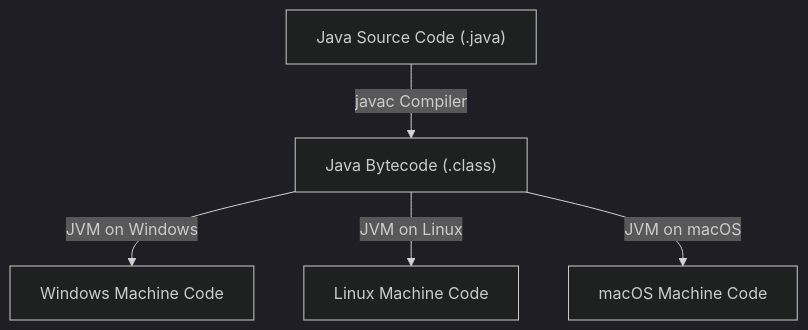
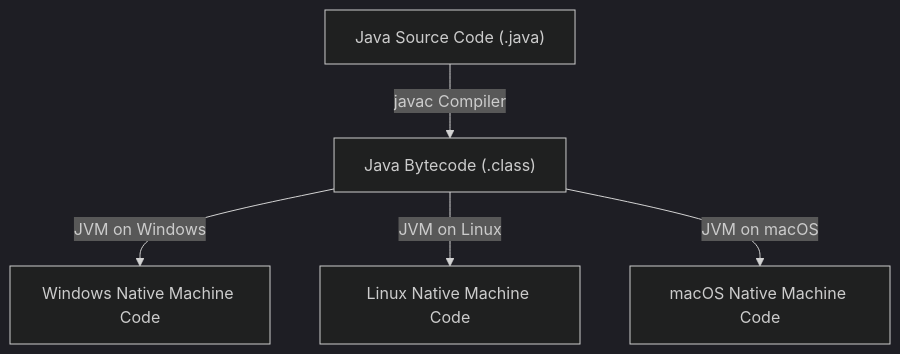
Before and after one commit to CHANDUAJMEERA277/ksai_final: the first of 2 diagrams in java/chapter1.md, drawn with Mermaid (dark theme). The commit also changed other lines of this file and 21 other files, not shown here.

````diff
--- a/java/chapter1.md
+++ b/java/chapter1.md
@@ -19,7 +71,7 @@
 ```mermaid
 graph TD
-    A["Java Source Code (.java)"] -->|javac Compiler| B["Java Bytecode (.class)"]
-    B -->|JVM on Windows| C["Windows Machine Code"]
-    B -->|JVM on Linux| D["Linux Machine Code"]
-    B -->|JVM on macOS| E["macOS Machine Code"]
+    Source["Java Source Code (.java)"] -->|javac Compiler| Bytecode["Java Bytecode (.class)"]
+    Bytecode -->|JVM on Windows| Win["Windows Native Machine Code"]
+    Bytecode -->|JVM on Linux| Linux["Linux Native Machine Code"]
+    Bytecode -->|JVM on macOS| Mac["macOS Native Machine Code"]
 ```
````
